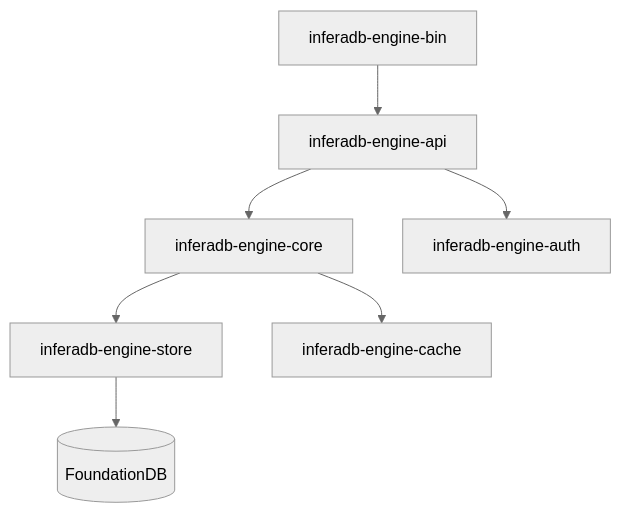
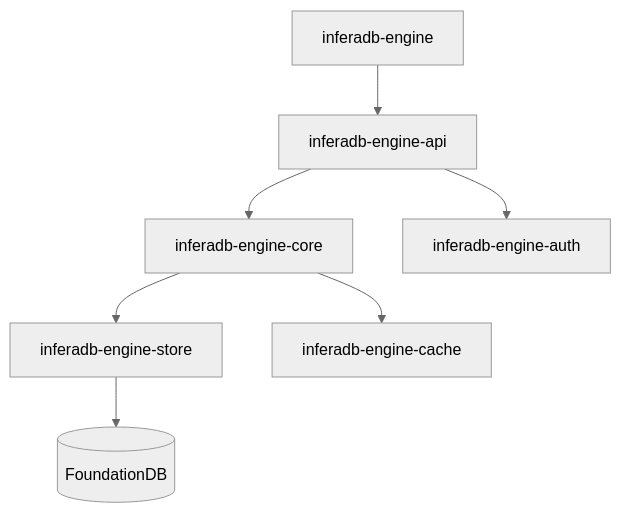
The diagram in README.md (inferadb/engine), drawn with Mermaid (neutral theme) before and after one commit. The commit also changed other lines of this file and 31 other files, not shown here.

````diff
--- a/README.md
+++ b/README.md
@@ -63,9 +63,9 @@
 ```mermaid
 graph TD
-    Bin[inferadb-engine-bin] --> API[inferadb-engine-api]
+    Bin[inferadb-engine] --> API[inferadb-engine-api]
     API --> Core[inferadb-engine-core]
     API --> Auth[inferadb-engine-auth]
     Core --> Store[inferadb-engine-store]
     Core --> Cache[inferadb-engine-cache]
     Store --> FDB[(FoundationDB)]
 ```
````
